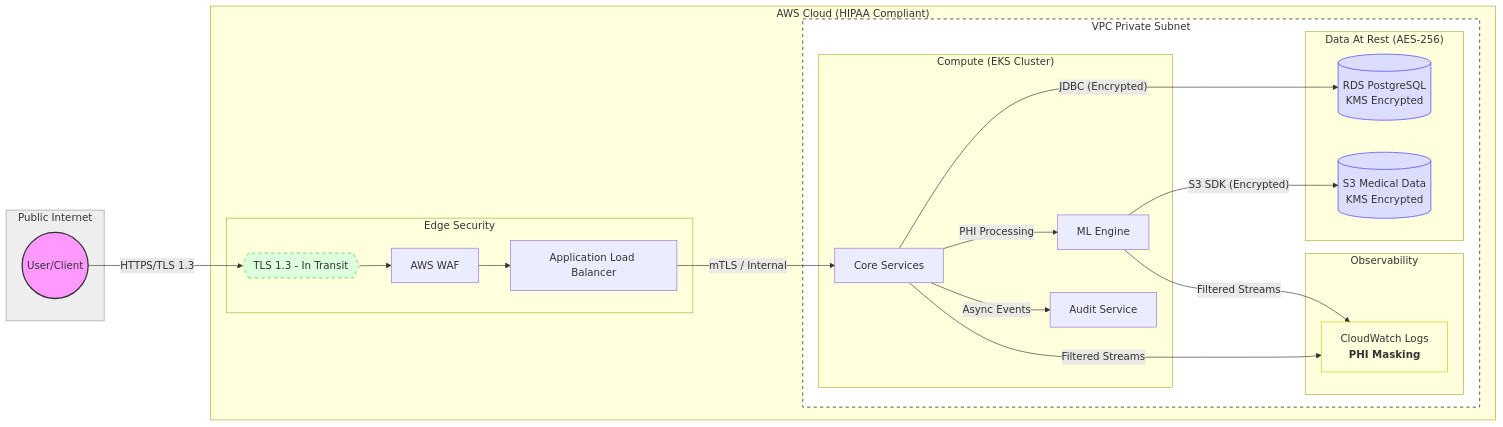
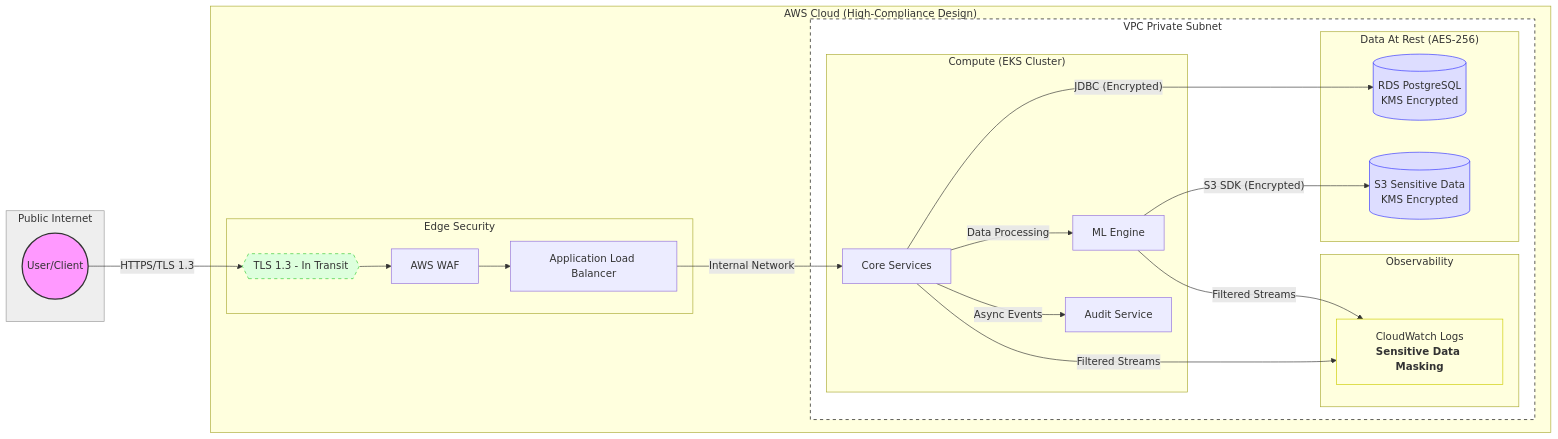
The second of 2 diagrams in README.md (kimkov/genovax-platform-infrastructure), drawn with Mermaid before and after one commit. The commit also changed other lines of this file, not shown here.

Commit message:
Update README: refine language for compliance and data security sections, reorganize and expand table of contents, and add new sections for design philosophy, production readiness, and security controls mapping.

````diff
--- a/README.md
+++ b/README.md
@@ -71,51 +81,51 @@
 ```mermaid
 graph LR
     subgraph Public_Zone ["Public Internet"]
         User((User/Client))
     end
 
-    subgraph AWS_Cloud ["AWS Cloud (HIPAA Compliant)"]
+    subgraph AWS_Cloud ["AWS Cloud (High-Compliance Design)"]
         subgraph Perimeter ["Edge Security"]
             WAF[AWS WAF]
             TLS13{{TLS 1.3 - In Transit}}
             ALB[Application Load Balancer]
         end
 
         subgraph VPC_Private ["VPC Private Subnet"]
             subgraph EKS ["Compute (EKS Cluster)"]
                 Core[Core Services]
                 ML[ML Engine]
                 Audit[Audit Service]
             end
 
             subgraph Storage ["Data At Rest (AES-256)"]
                 RDS[(RDS PostgreSQL<br/>KMS Encrypted)]
-                S3_Medical[(S3 Medical Data<br/>KMS Encrypted)]
+                S3_Data[(S3 Sensitive Data<br/>KMS Encrypted)]
             end
 
             subgraph Monitoring ["Observability"]
-                CW[CloudWatch Logs<br/><b>PHI Masking</b>]
+                CW[CloudWatch Logs<br/><b>Sensitive Data Masking</b>]
             end
         end
     end
 
     User -- "HTTPS/TLS 1.3" --> TLS13
     TLS13 --> WAF
     WAF --> ALB
-    ALB -- "mTLS / Internal" --> Core
+    ALB -- "Internal Network" --> Core
     Core -- "JDBC (Encrypted)" --> RDS
-    Core -- "PHI Processing" --> ML
-    ML -- "S3 SDK (Encrypted)" --> S3_Medical
+    Core -- "Data Processing" --> ML
+    ML -- "S3 SDK (Encrypted)" --> S3_Data
     Core -- "Async Events" --> Audit
     Core -- "Filtered Streams" --> CW
     ML -- "Filtered Streams" --> CW
 
     %% Styling
     style User fill:#f9f,stroke:#333,stroke-width:2px
     style TLS13 fill:#dfd,stroke:#3c3,stroke-dasharray: 5 5
     style RDS fill:#ddf,stroke:#33f
-    style S3_Medical fill:#ddf,stroke:#33f
+    style S3_Data fill:#ddf,stroke:#33f
     style CW fill:#ffd,stroke:#cc0
     style Public_Zone fill:#eee,stroke:#999
     style VPC_Private fill:#fff,stroke:#000,stroke-dasharray: 5 5
 ```
````
